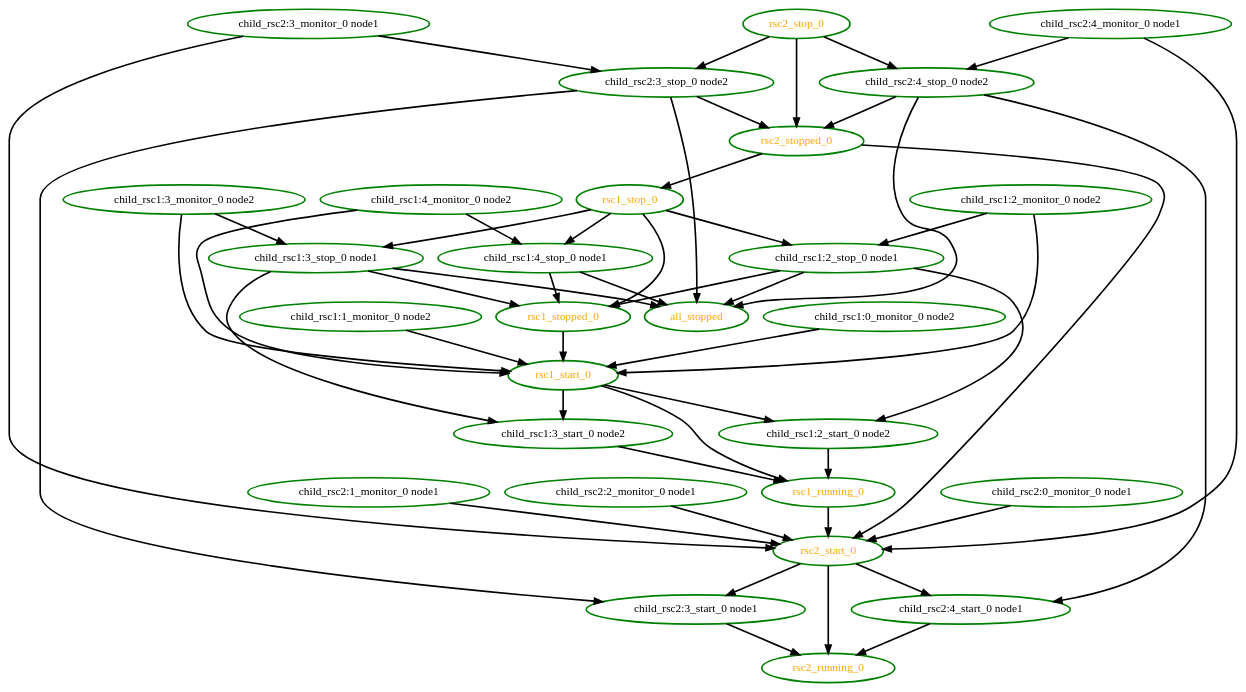
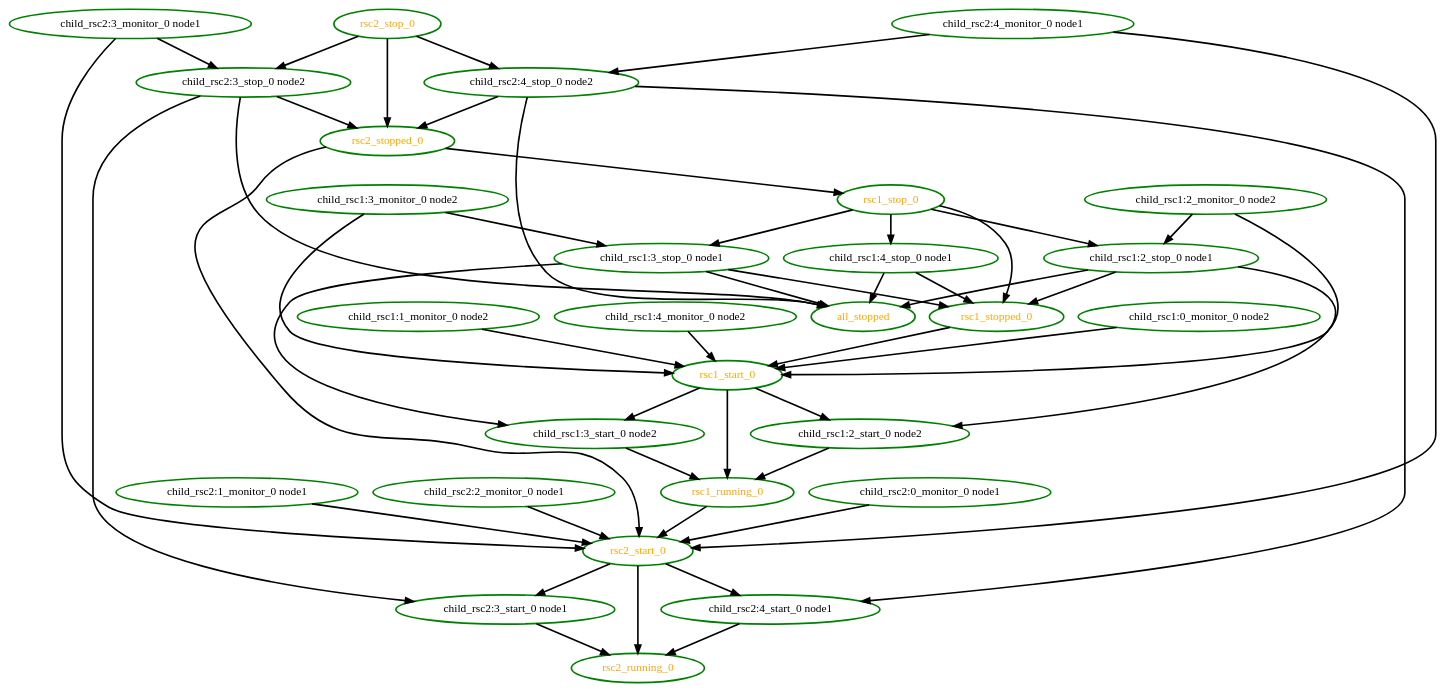
Before and after one commit to ClusterLabs/pacemaker: the diagram in pengine/test10/inc3.dot, drawn with Graphviz. The commit also changed 59 other files, not shown here.

```diff
--- a/pengine/test10/inc3.dot
+++ b/pengine/test10/inc3.dot
@@ -1,80 +1,79 @@
  digraph "g" {
 "all_stopped" [ style=bold color="green" fontcolor="orange" ]
 "child_rsc1:0_monitor_0 node2" -> "rsc1_start_0" [ style = bold]
 "child_rsc1:0_monitor_0 node2" [ style=bold color="green" fontcolor="black" ]
 "child_rsc1:1_monitor_0 node2" -> "rsc1_start_0" [ style = bold]
 "child_rsc1:1_monitor_0 node2" [ style=bold color="green" fontcolor="black" ]
 "child_rsc1:2_monitor_0 node2" -> "child_rsc1:2_stop_0 node1" [ style = bold]
 "child_rsc1:2_monitor_0 node2" -> "rsc1_start_0" [ style = bold]
 "child_rsc1:2_monitor_0 node2" [ style=bold color="green" fontcolor="black" ]
 "child_rsc1:2_start_0 node2" -> "rsc1_running_0" [ style = bold]
 "child_rsc1:2_start_0 node2" [ style=bold color="green" fontcolor="black" ]
 "child_rsc1:2_stop_0 node1" -> "all_stopped" [ style = bold]
 "child_rsc1:2_stop_0 node1" -> "child_rsc1:2_start_0 node2" [ style = bold]
 "child_rsc1:2_stop_0 node1" -> "rsc1_stopped_0" [ style = bold]
 "child_rsc1:2_stop_0 node1" [ style=bold color="green" fontcolor="black" ]
 "child_rsc1:3_monitor_0 node2" -> "child_rsc1:3_stop_0 node1" [ style = bold]
 "child_rsc1:3_monitor_0 node2" -> "rsc1_start_0" [ style = bold]
 "child_rsc1:3_monitor_0 node2" [ style=bold color="green" fontcolor="black" ]
 "child_rsc1:3_start_0 node2" -> "rsc1_running_0" [ style = bold]
 "child_rsc1:3_start_0 node2" [ style=bold color="green" fontcolor="black" ]
 "child_rsc1:3_stop_0 node1" -> "all_stopped" [ style = bold]
 "child_rsc1:3_stop_0 node1" -> "child_rsc1:3_start_0 node2" [ style = bold]
 "child_rsc1:3_stop_0 node1" -> "rsc1_stopped_0" [ style = bold]
 "child_rsc1:3_stop_0 node1" [ style=bold color="green" fontcolor="black" ]
-"child_rsc1:4_monitor_0 node2" -> "child_rsc1:4_stop_0 node1" [ style = bold]
 "child_rsc1:4_monitor_0 node2" -> "rsc1_start_0" [ style = bold]
 "child_rsc1:4_monitor_0 node2" [ style=bold color="green" fontcolor="black" ]
 "child_rsc1:4_stop_0 node1" -> "all_stopped" [ style = bold]
 "child_rsc1:4_stop_0 node1" -> "rsc1_stopped_0" [ style = bold]
 "child_rsc1:4_stop_0 node1" [ style=bold color="green" fontcolor="black" ]
 "child_rsc2:0_monitor_0 node1" -> "rsc2_start_0" [ style = bold]
 "child_rsc2:0_monitor_0 node1" [ style=bold color="green" fontcolor="black" ]
 "child_rsc2:1_monitor_0 node1" -> "rsc2_start_0" [ style = bold]
 "child_rsc2:1_monitor_0 node1" [ style=bold color="green" fontcolor="black" ]
 "child_rsc2:2_monitor_0 node1" -> "rsc2_start_0" [ style = bold]
 "child_rsc2:2_monitor_0 node1" [ style=bold color="green" fontcolor="black" ]
 "child_rsc2:3_monitor_0 node1" -> "child_rsc2:3_stop_0 node2" [ style = bold]
 "child_rsc2:3_monitor_0 node1" -> "rsc2_start_0" [ style = bold]
 "child_rsc2:3_monitor_0 node1" [ style=bold color="green" fontcolor="black" ]
 "child_rsc2:3_start_0 node1" -> "rsc2_running_0" [ style = bold]
 "child_rsc2:3_start_0 node1" [ style=bold color="green" fontcolor="black" ]
 "child_rsc2:3_stop_0 node2" -> "all_stopped" [ style = bold]
 "child_rsc2:3_stop_0 node2" -> "child_rsc2:3_start_0 node1" [ style = bold]
 "child_rsc2:3_stop_0 node2" -> "rsc2_stopped_0" [ style = bold]
 "child_rsc2:3_stop_0 node2" [ style=bold color="green" fontcolor="black" ]
 "child_rsc2:4_monitor_0 node1" -> "child_rsc2:4_stop_0 node2" [ style = bold]
 "child_rsc2:4_monitor_0 node1" -> "rsc2_start_0" [ style = bold]
 "child_rsc2:4_monitor_0 node1" [ style=bold color="green" fontcolor="black" ]
 "child_rsc2:4_start_0 node1" -> "rsc2_running_0" [ style = bold]
 "child_rsc2:4_start_0 node1" [ style=bold color="green" fontcolor="black" ]
 "child_rsc2:4_stop_0 node2" -> "all_stopped" [ style = bold]
 "child_rsc2:4_stop_0 node2" -> "child_rsc2:4_start_0 node1" [ style = bold]
 "child_rsc2:4_stop_0 node2" -> "rsc2_stopped_0" [ style = bold]
 "child_rsc2:4_stop_0 node2" [ style=bold color="green" fontcolor="black" ]
 "rsc1_running_0" -> "rsc2_start_0" [ style = bold]
 "rsc1_running_0" [ style=bold color="green" fontcolor="orange" ]
 "rsc1_start_0" -> "child_rsc1:2_start_0 node2" [ style = bold]
 "rsc1_start_0" -> "child_rsc1:3_start_0 node2" [ style = bold]
 "rsc1_start_0" -> "rsc1_running_0" [ style = bold]
 "rsc1_start_0" [ style=bold color="green" fontcolor="orange" ]
 "rsc1_stop_0" -> "child_rsc1:2_stop_0 node1" [ style = bold]
 "rsc1_stop_0" -> "child_rsc1:3_stop_0 node1" [ style = bold]
 "rsc1_stop_0" -> "child_rsc1:4_stop_0 node1" [ style = bold]
 "rsc1_stop_0" -> "rsc1_stopped_0" [ style = bold]
 "rsc1_stop_0" [ style=bold color="green" fontcolor="orange" ]
 "rsc1_stopped_0" -> "rsc1_start_0" [ style = bold]
 "rsc1_stopped_0" [ style=bold color="green" fontcolor="orange" ]
 "rsc2_running_0" [ style=bold color="green" fontcolor="orange" ]
 "rsc2_start_0" -> "child_rsc2:3_start_0 node1" [ style = bold]
 "rsc2_start_0" -> "child_rsc2:4_start_0 node1" [ style = bold]
 "rsc2_start_0" -> "rsc2_running_0" [ style = bold]
 "rsc2_start_0" [ style=bold color="green" fontcolor="orange" ]
 "rsc2_stop_0" -> "child_rsc2:3_stop_0 node2" [ style = bold]
 "rsc2_stop_0" -> "child_rsc2:4_stop_0 node2" [ style = bold]
 "rsc2_stop_0" -> "rsc2_stopped_0" [ style = bold]
 "rsc2_stop_0" [ style=bold color="green" fontcolor="orange" ]
 "rsc2_stopped_0" -> "rsc1_stop_0" [ style = bold]
 "rsc2_stopped_0" -> "rsc2_start_0" [ style = bold]
 "rsc2_stopped_0" [ style=bold color="green" fontcolor="orange" ]
 }
```
